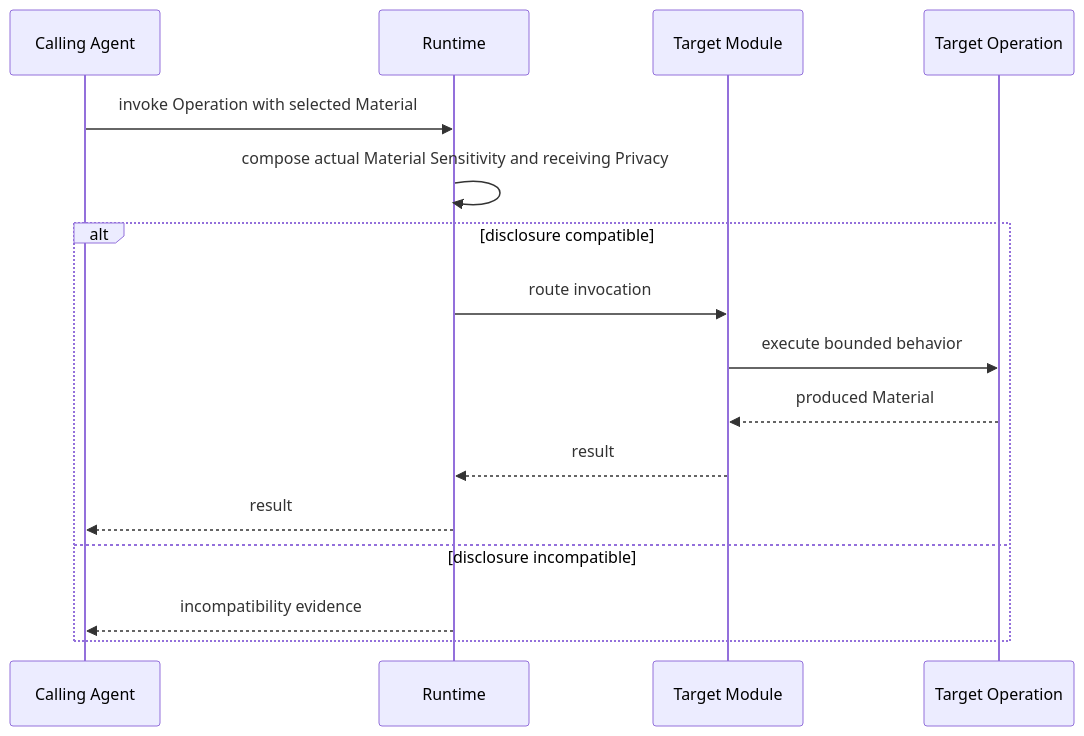
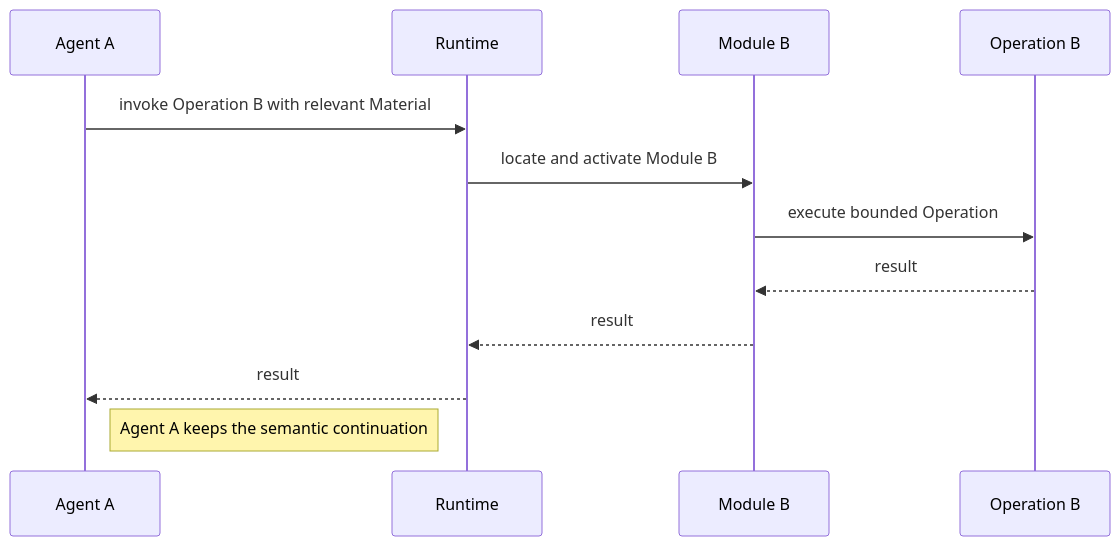
The third of 12 diagrams in docs/architecture/mid-level-architecture.md (DidacLL/MADRE), drawn with Mermaid before and after one commit. The commit also changed other lines of this file, not shown here.

Commit message:
docs: align mid-level architecture with final SPIRA model

````diff
--- a/docs/architecture/mid-level-architecture.md
+++ b/docs/architecture/mid-level-architecture.md
@@ -229,19 +116,15 @@
 ```mermaid
 sequenceDiagram
-    participant A as Calling Agent
+    participant A as Agent A
     participant R as Runtime
-    participant M as Target Module
-    participant O as Target Operation
+    participant B as Module B
+    participant O as Operation B
 
-    A->>R: invoke Operation with selected Material
-    R->>R: compose actual Material Sensitivity and receiving Privacy
-    alt disclosure compatible
-        R->>M: route invocation
-        M->>O: execute bounded behavior
-        O-->>M: produced Material
-        M-->>R: result
-        R-->>A: result
-    else disclosure incompatible
-        R-->>A: incompatibility evidence
-    end
+    A->>R: invoke Operation B with relevant Material
+    R->>B: locate and activate Module B
+    B->>O: execute bounded Operation
+    O-->>B: result
+    B-->>R: result
+    R-->>A: result
+    Note right of A: Agent A keeps the semantic continuation
 ```
````
